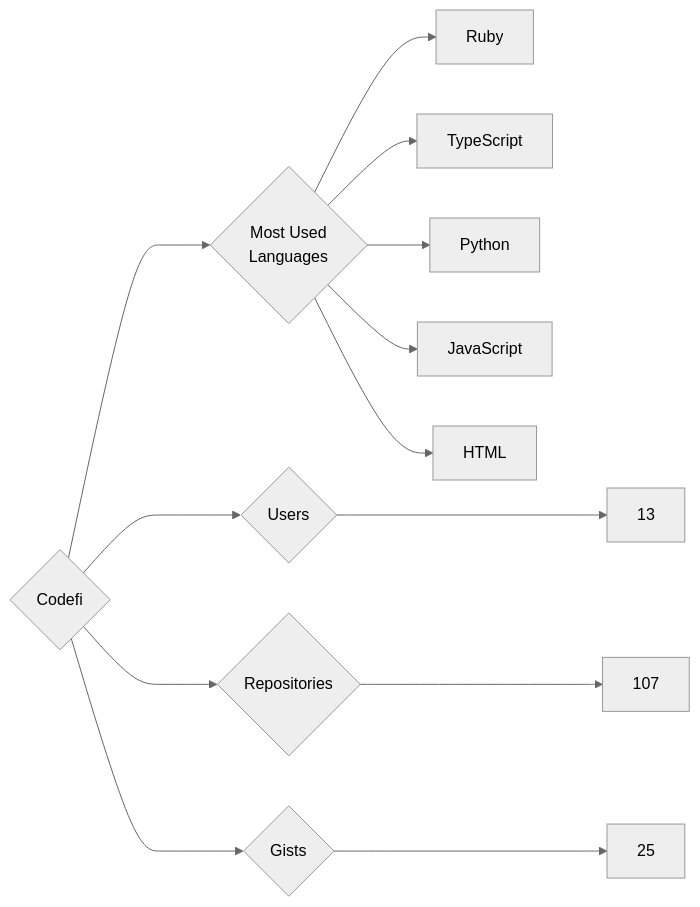
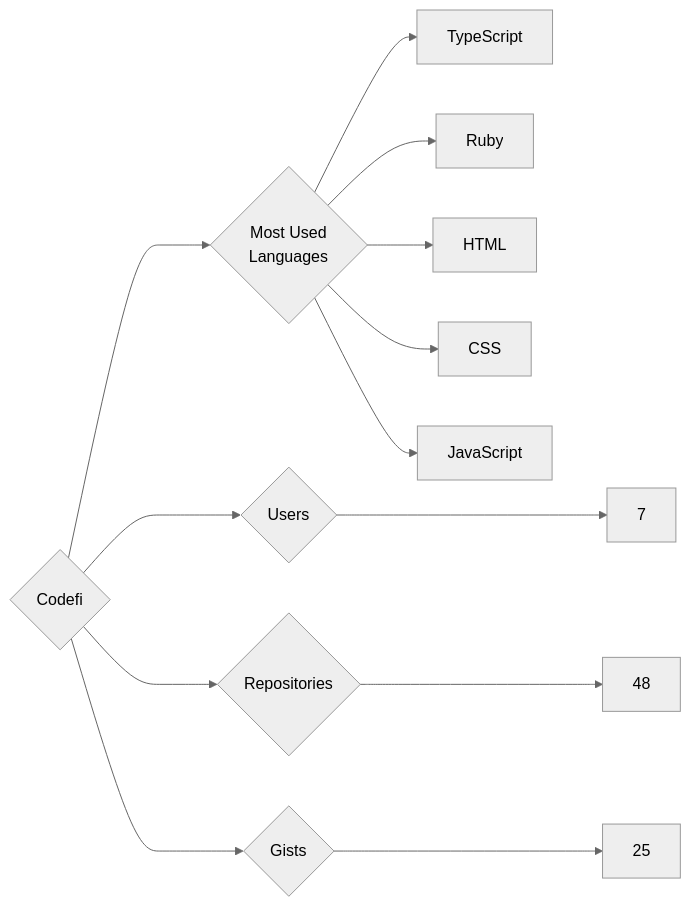
The diagram in targets/Codefi/README.md (trickest/insiders), drawn with Mermaid (neutral theme) before and after one commit. The commit also changed 1088 other files, not shown here.

````diff
--- a/targets/Codefi/README.md
+++ b/targets/Codefi/README.md
@@ -3,13 +3,13 @@
 ```mermaid
 graph LR
 COMPANY_NAME{Codefi}
-COMPANY_NAME ---> U{Users} ---> UN[13]
-COMPANY_NAME ---> R{Repositories} ---> RN[107]
+COMPANY_NAME ---> U{Users} ---> UN[7]
+COMPANY_NAME ---> R{Repositories} ---> RN[48]
 COMPANY_NAME ---> G{Gists} ---> GN[25]
 COMPANY_NAME ---> ML{Most Used<br>Languages}
+ML --> TypeScript[TypeScript]
 ML --> Ruby[Ruby]
-ML --> TypeScript[TypeScript]
-ML --> Python[Python]
+ML --> HTML[HTML]
+ML --> CSS[CSS]
 ML --> JavaScript[JavaScript]
-ML --> HTML[HTML]
 ```
````
